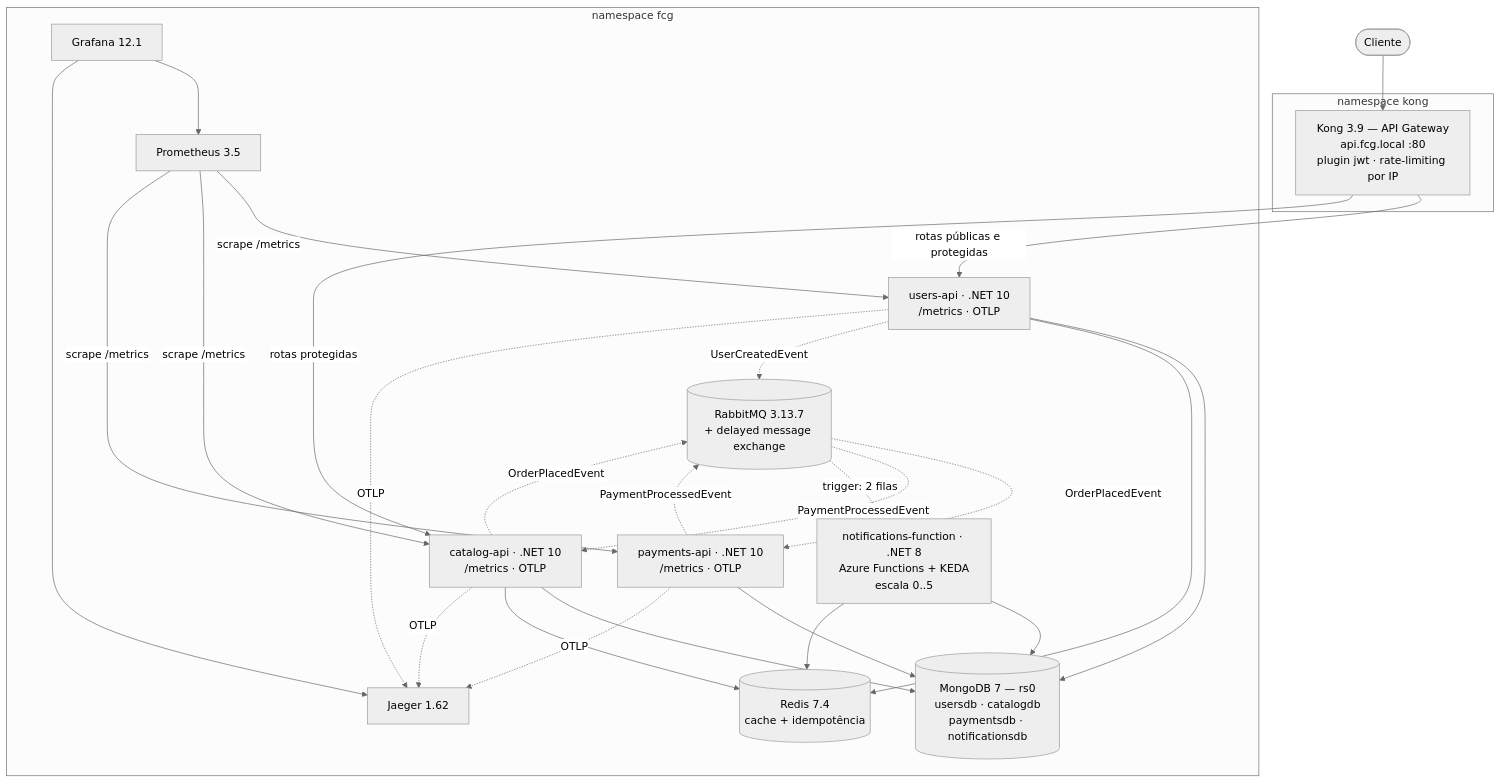
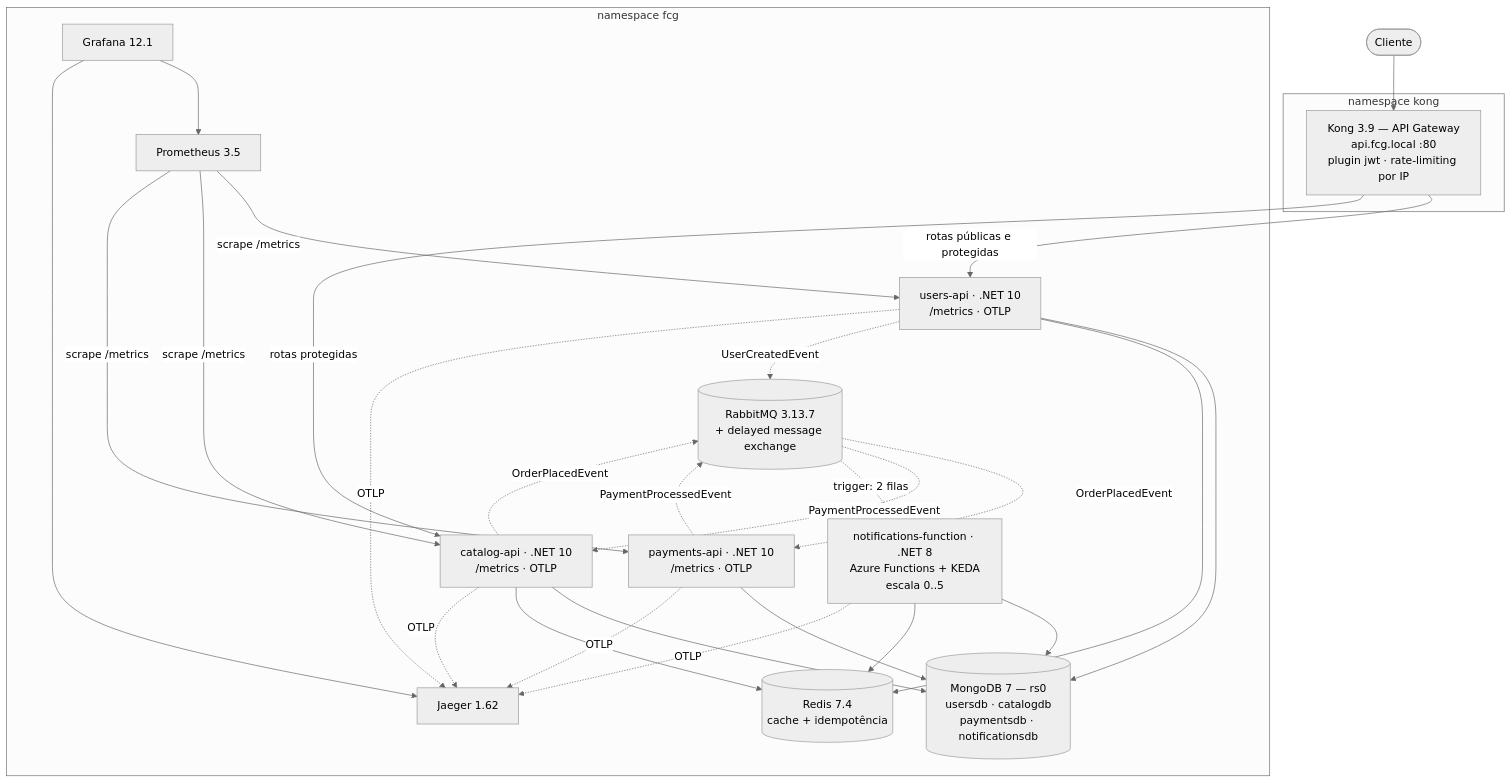
One commit to fcg-grupo-16/orchestration changed the first of 2 diagrams in README.md. Above: the diagram before and after it, drawn with Mermaid (neutral theme). The commit also changed other lines of this file and 4 other files, not shown here.

````diff
--- a/README.md
+++ b/README.md
@@ -16,52 +16,53 @@
 ```mermaid
 flowchart TB
     Cliente(["Cliente"])
 
     subgraph KONG["namespace kong"]
       Gateway["Kong 3.9 — API Gateway<br/>api.fcg.local :80<br/>plugin jwt · rate-limiting por IP"]
     end
 
     Cliente --> Gateway
 
     subgraph FCG["namespace fcg"]
       Users["users-api · .NET 10<br/>/metrics · OTLP"]
       Catalog["catalog-api · .NET 10<br/>/metrics · OTLP"]
       Payments["payments-api · .NET 10<br/>/metrics · OTLP"]
       Func["notifications-function · .NET 8<br/>Azure Functions + KEDA<br/>escala 0..5"]
 
       Rabbit[("RabbitMQ 3.13.7<br/>+ delayed message exchange")]
       Mongo[("MongoDB 7 — rs0<br/>usersdb · catalogdb<br/>paymentsdb · notificationsdb")]
       Redis[("Redis 7.4<br/>cache + idempotência")]
 
       Prom["Prometheus 3.5"]
       Graf["Grafana 12.1"]
       Jaeger["Jaeger 1.62"]
     end
 
     Gateway -->|rotas públicas e protegidas| Users
     Gateway -->|rotas protegidas| Catalog
 
     Users --> Mongo
     Users --> Redis
     Catalog --> Mongo
     Catalog --> Redis
     Payments --> Mongo
     Func --> Mongo
     Func --> Redis
 
     Users -.->|UserCreatedEvent| Rabbit
     Catalog -.->|OrderPlacedEvent| Rabbit
     Rabbit -.->|OrderPlacedEvent| Payments
     Payments -.->|PaymentProcessedEvent| Rabbit
     Rabbit -.->|PaymentProcessedEvent| Catalog
     Rabbit -.->|trigger: 2 filas| Func
 
     Prom -->|scrape /metrics| Users
     Prom -->|scrape /metrics| Catalog
     Prom -->|scrape /metrics| Payments
     Graf --> Prom
     Graf --> Jaeger
     Users -.->|OTLP| Jaeger
     Catalog -.->|OTLP| Jaeger
     Payments -.->|OTLP| Jaeger
+    Func -.->|OTLP| Jaeger
 ```
````
